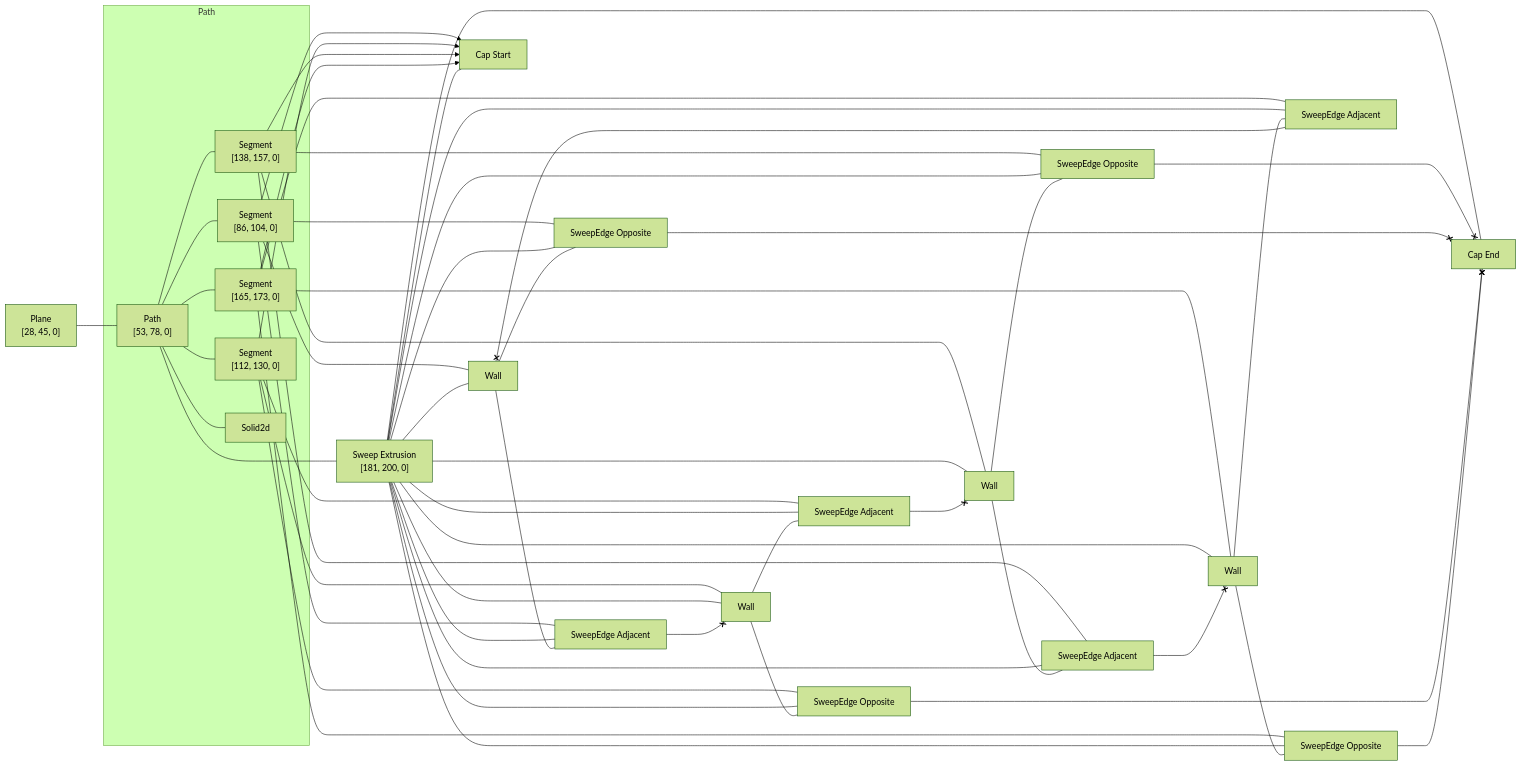
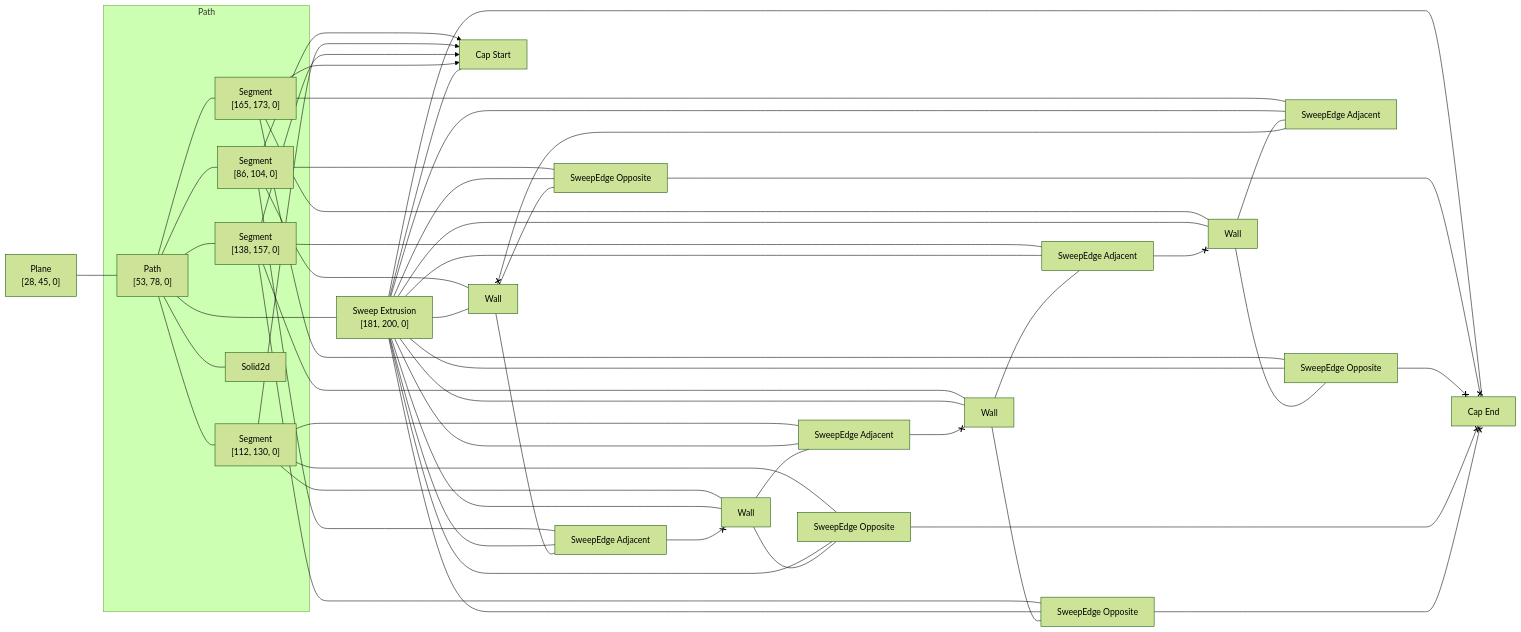
The diagram in rust/kcl-lib/tests/function_sketch/artifact_graph_flowchart.snap.md (rajgandhi1/modeling-app), drawn with Mermaid (forest theme) before and after one commit. The commit also changed 110 other files, not shown here.

````diff
--- a/rust/kcl-lib/tests/function_sketch/artifact_graph_flowchart.snap.md
+++ b/rust/kcl-lib/tests/function_sketch/artifact_graph_flowchart.snap.md
@@ -1,80 +1,80 @@
 ```mermaid
 flowchart LR
   subgraph path2 [Path]
     2["Path<br>[53, 78, 0]"]
     3["Segment<br>[86, 104, 0]"]
     4["Segment<br>[112, 130, 0]"]
     5["Segment<br>[138, 157, 0]"]
     6["Segment<br>[165, 173, 0]"]
     7[Solid2d]
   end
   1["Plane<br>[28, 45, 0]"]
   8["Sweep Extrusion<br>[181, 200, 0]"]
   9[Wall]
   10[Wall]
   11[Wall]
   12[Wall]
   13["Cap Start"]
   14["Cap End"]
   15["SweepEdge Opposite"]
   16["SweepEdge Opposite"]
   17["SweepEdge Opposite"]
   18["SweepEdge Opposite"]
   19["SweepEdge Adjacent"]
   20["SweepEdge Adjacent"]
   21["SweepEdge Adjacent"]
   22["SweepEdge Adjacent"]
   1 --- 2
   2 --- 3
   2 --- 4
   2 --- 5
   2 --- 6
   2 --- 7
   2 ---- 8
   3 --- 12
   3 x--> 13
-  3 --- 16
-  3 --- 22
+  3 --- 15
+  3 --- 19
   4 --- 10
   4 x--> 13
   4 --- 17
-  4 --- 19
+  4 --- 20
   5 --- 9
   5 x--> 13
-  5 --- 15
-  5 --- 20
+  5 --- 18
+  5 --- 21
   6 --- 11
   6 x--> 13
-  6 --- 18
-  6 --- 21
+  6 --- 16
+  6 --- 22
   8 --- 9
   8 --- 10
   8 --- 11
   8 --- 12
   8 --- 13
   8 --- 14
   8 --- 15
   8 --- 16
   8 --- 17
   8 --- 18
   8 --- 19
   8 --- 20
   8 --- 21
   8 --- 22
-  9 --- 15
-  19 <--x 9
-  9 --- 20
+  9 --- 18
+  20 <--x 9
+  9 --- 21
   10 --- 17
-  10 --- 19
-  22 <--x 10
-  11 --- 18
-  20 <--x 11
-  11 --- 21
-  12 --- 16
-  21 <--x 12
-  12 --- 22
+  19 <--x 10
+  10 --- 20
+  11 --- 16
+  21 <--x 11
+  11 --- 22
+  12 --- 15
+  12 --- 19
+  22 <--x 12
   15 <--x 14
   16 <--x 14
   17 <--x 14
   18 <--x 14
 ```
````
